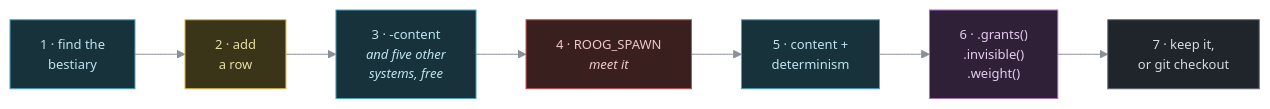
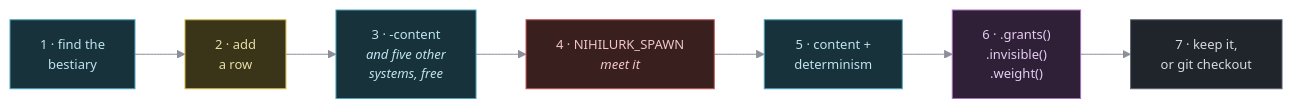
The diagram in docs/tutorial/add-your-first-monster.md (bae-alves/nihilurk), drawn with Mermaid before and after one commit. The commit also changed other lines of this file and 86 other files, not shown here.

First line of the commit message:
Rename project from roog to nihilurk

````diff
--- a/docs/tutorial/add-your-first-monster.md
+++ b/docs/tutorial/add-your-first-monster.md
@@ -17,18 +17,18 @@
 ```mermaid
 %%{init: {'theme':'base','themeVariables':{
   'primaryColor':'#20242b','primaryTextColor':'#d7dae0',
   'primaryBorderColor':'#5c6370','lineColor':'#8a8f98',
   'fontFamily':'ui-monospace, SFMono-Regular, Menlo, monospace',
   'fontSize':'13px'}}}%%
 flowchart LR
   S1["1 · find the<br/>bestiary"]:::cold --> S2["2 · add<br/>a row"]:::hero
   S2 --> S3["3 · -content<br/><i>and five other<br/>systems, free</i>"]:::cold
-  S3 --> S4["4 · ROOG_SPAWN<br/><i>meet it</i>"]:::peril
+  S3 --> S4["4 · NIHILURK_SPAWN<br/><i>meet it</i>"]:::peril
   S4 --> S5["5 · content +<br/>determinism"]:::cold
   S5 --> S6["6 · .grants()<br/>.invisible()<br/>.weight()"]:::magic
   S6 --> S7["7 · keep it,<br/>or git checkout"]
   classDef hero fill:#3a3418,stroke:#d7ba4a,color:#e8dfa8
   classDef peril fill:#3a1f1f,stroke:#c05050,color:#f0c8c8
   classDef magic fill:#2f2038,stroke:#a86fc0,color:#e6cdf0
   classDef cold  fill:#17323a,stroke:#4aa3c0,color:#bfe4f0
 ```
````
